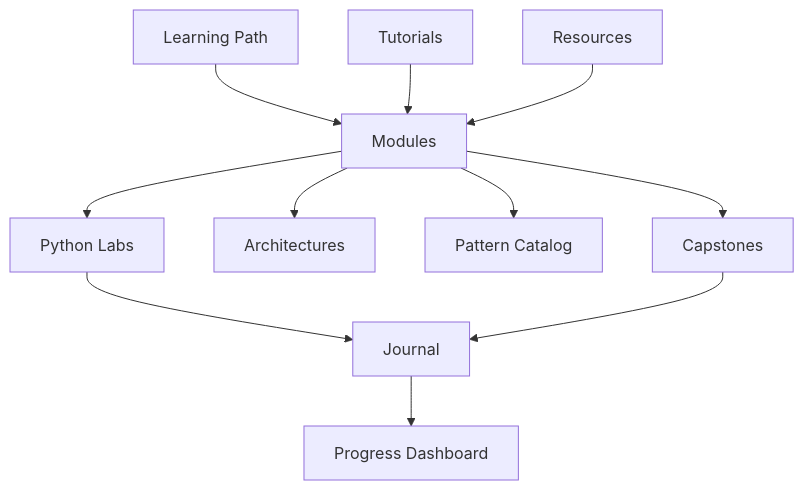
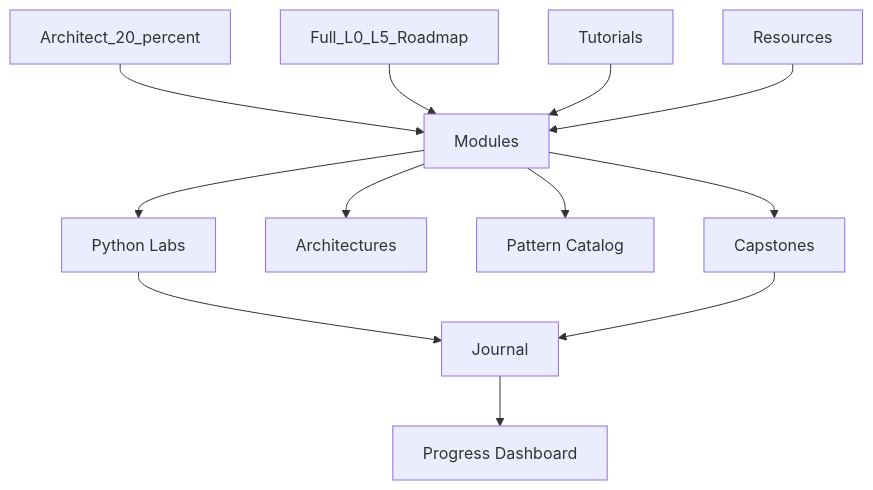
Before and after one commit to atutorial5891-design/promptEngineering: the diagram in docs/index.md, drawn with Mermaid. The commit also changed other lines of this file and 6 other files, not shown here.

First line of the commit message:
Add Architect 20% path synced to Architecture resume

````diff
--- a/docs/index.md
+++ b/docs/index.md
@@ -23,13 +28,14 @@
 ```mermaid
 flowchart TB
-  Roadmap[Learning Path] --> Modules
+  Architect20[Architect_20_percent] --> Modules
+  Roadmap[Full_L0_L5_Roadmap] --> Modules
   Modules --> Labs[Python Labs]
   Modules --> Architectures
   Modules --> Patterns[Pattern Catalog]
   Tutorials --> Modules
   Resources --> Modules
   Labs --> Journal
   Modules --> Capstones
   Capstones --> Journal
   Journal --> Progress[Progress Dashboard]
 ```
````
